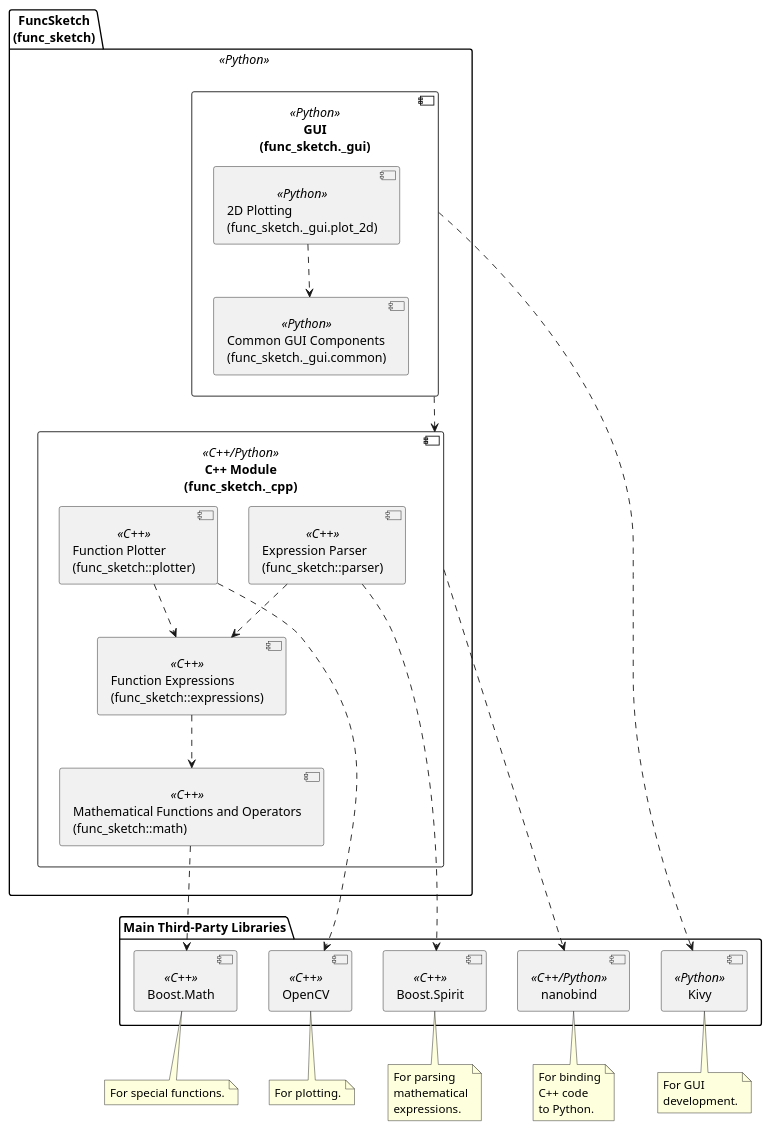
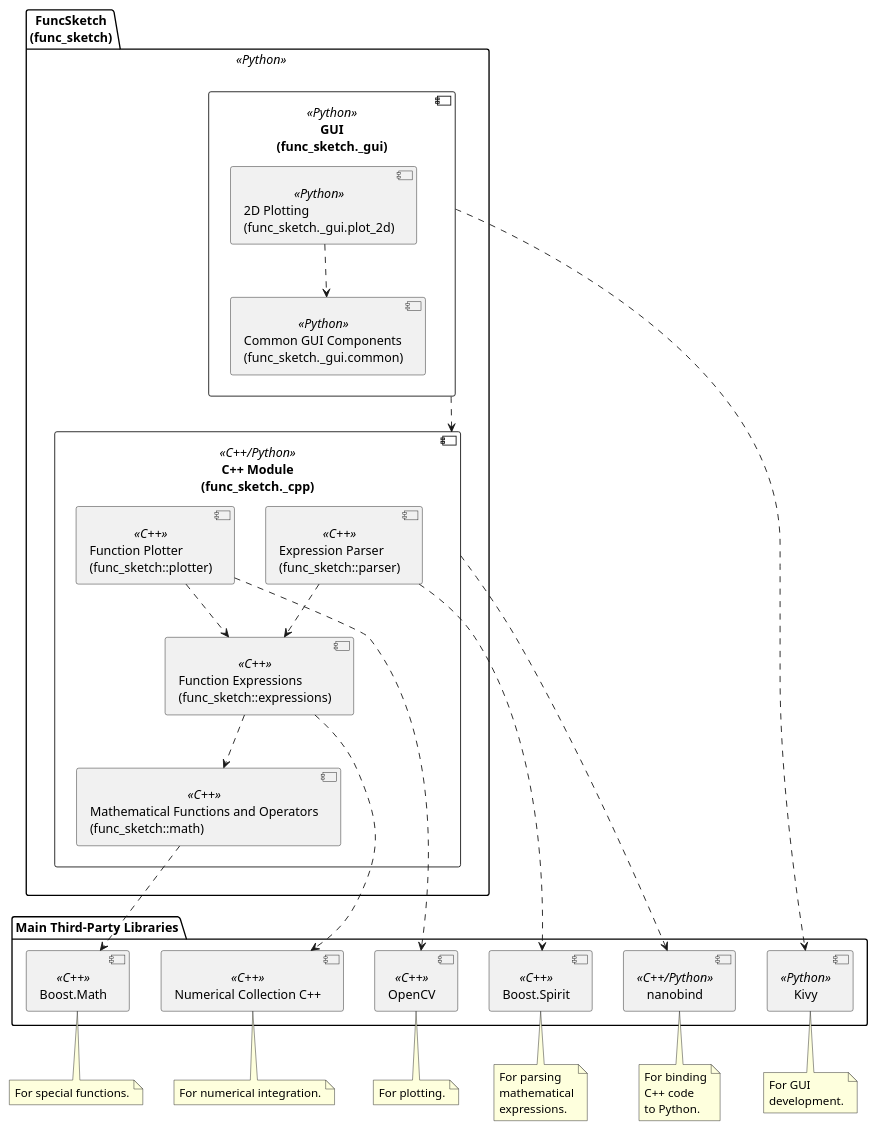
Before and after one commit to MusicScience37/FuncSketch: the diagram in docs/sphinx/design_notes/modules.puml, drawn with PlantUML. The commit also changed 2 other files, not shown here.

Commit message:
:books: Design of math operations including numerical integration.

```diff
--- a/docs/sphinx/design_notes/modules.puml
+++ b/docs/sphinx/design_notes/modules.puml
@@ -1,68 +1,75 @@
 @startuml structure_module
 
 package "FuncSketch\n(func_sketch)" <<Python>> {
     component "GUI\n(func_sketch._gui)" <<Python>> as gui {
         component "2D Plotting\n(func_sketch._gui.plot_2d)" <<Python>> as plot_2d
         component "Common GUI Components\n(func_sketch._gui.common)" <<Python>> as common
     }
 
     component "C++ Module\n(func_sketch._cpp)" <<C++/Python>> as cpp_module {
         component "Function Plotter\n(func_sketch::plotter)" <<C++>> as plotter
         component "Function Expressions\n(func_sketch::expressions)" <<C++>> as expressions
         component "Expression Parser\n(func_sketch::parser)" <<C++>> as parser
         component "Mathematical Functions and Operators\n(func_sketch::math)" <<C++>> as math
     }
 }
 
 package "Main Third-Party Libraries" {
     component "Kivy" <<Python>>
 
     component "Boost.Spirit" <<C++>>
     component "Boost.Math" <<C++>>
+    component "Numerical Collection C++" <<C++>>
     component "OpenCV" <<C++>>
     component "nanobind" <<C++/Python>>
 }
 
 gui ...> cpp_module
 plot_2d ..> common
 parser ..> expressions
 plotter ..> expressions
 expressions ..> math
 
 gui ..> "Kivy"
 parser ..> "Boost.Spirit"
 math ..> "Boost.Math"
+expressions ..> "Numerical Collection C++"
 plotter ..> "OpenCV"
 cpp_module ..> "nanobind"
 
 note as boost_spirit_note
     For parsing
     mathematical
     expressions.
 end note
 "Boost.Spirit" .. boost_spirit_note
 
 note as boost_math_note
     For special functions.
 end note
 "Boost.Math" .. boost_math_note
+
+note as numerical_collection_note
+    For numerical integration.
+end note
+"Numerical Collection C++" .. numerical_collection_note
 
 note as opencv_note
     For plotting.
 end note
 "OpenCV" .. opencv_note
 
 note as nanobind_note
     For binding
     C++ code
     to Python.
 end note
 "nanobind" .. nanobind_note
 
 note as kivy_note
     For GUI
     development.
 end note
 "Kivy" .. kivy_note
 
 @enduml
```
